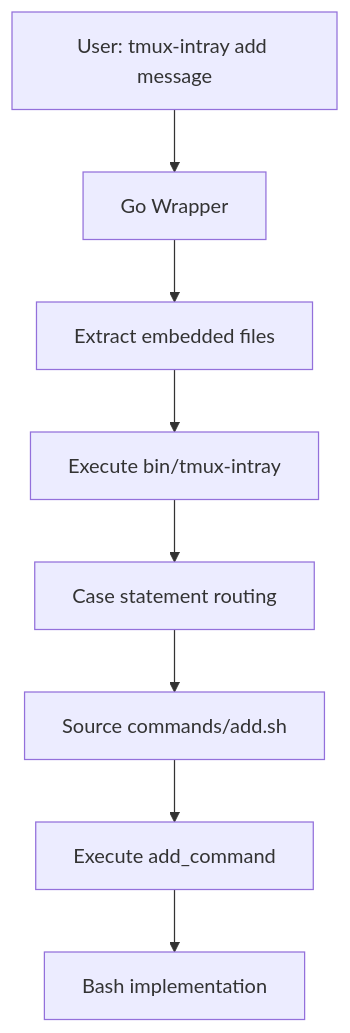
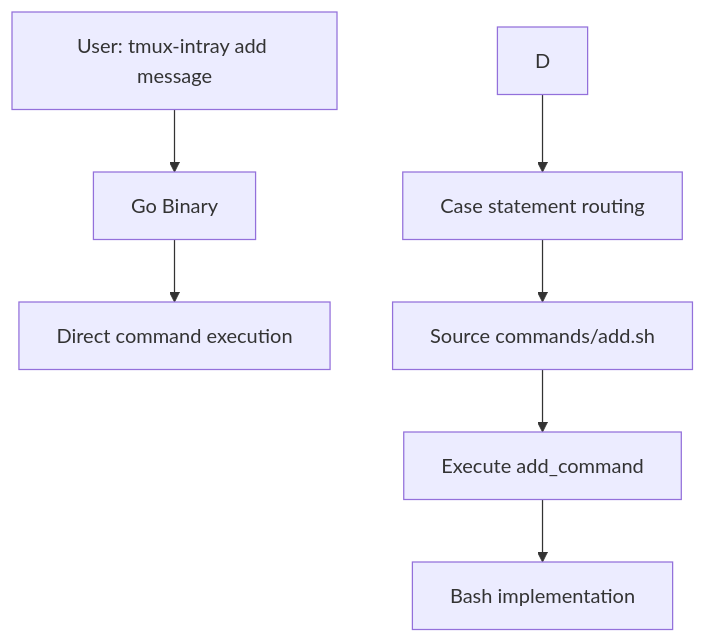
One commit to cristianoliveira/tmux-intray changed the diagram in docs/architecture/go-wrapper-architecture.md. Above: the diagram before and after it, drawn with Mermaid. The commit also changed other lines of this file and 23 other files, not shown here.

First line of the commit message:
fix(tests): update test references from bin/tmux-intray to tmux-intray binary

````diff
--- a/docs/architecture/go-wrapper-architecture.md
+++ b/docs/architecture/go-wrapper-architecture.md
@@ -41,10 +36,9 @@
 ```mermaid
 graph TD
-    A[User: tmux-intray add message] --> B[Go Wrapper]
-    B --> C[Extract embedded files]
-    C --> D[Execute bin/tmux-intray]
+    A[User: tmux-intray add message] --> B[Go Binary]
+    B --> C[Direct command execution]
     D --> E[Case statement routing]
     E --> F[Source commands/add.sh]
     F --> G[Execute add_command]
     G --> H[Bash implementation]
 ```
````
